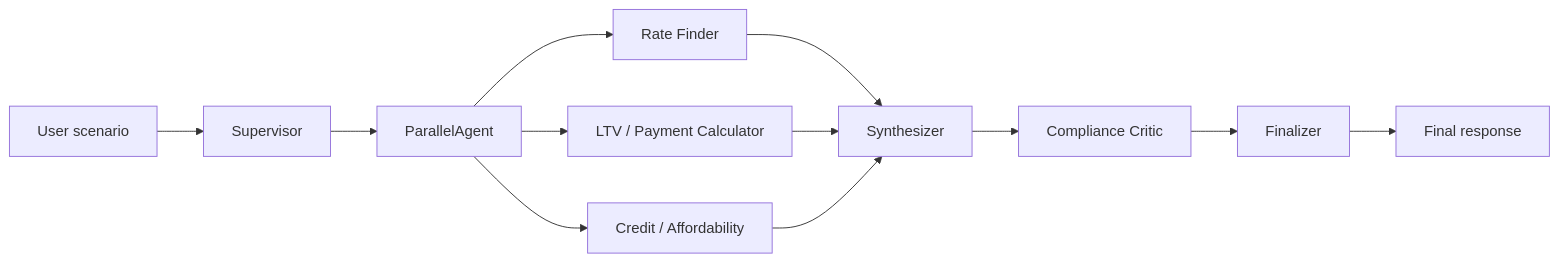
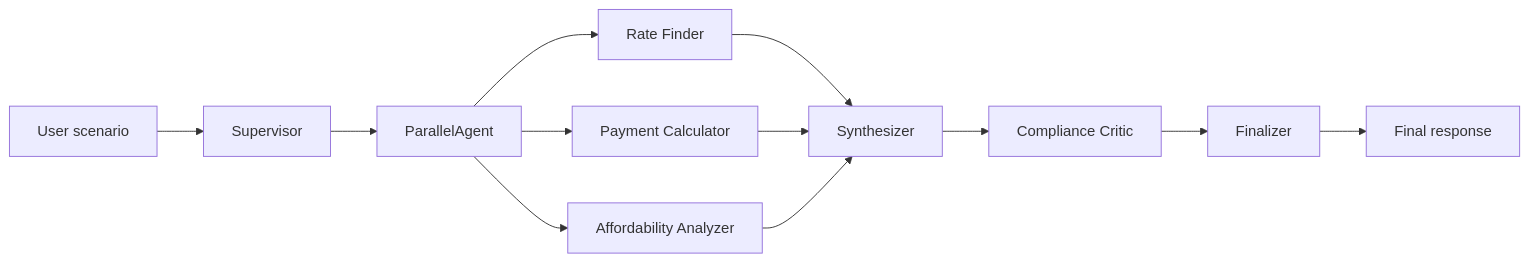
One commit to jhhlim/ucsc-ai-agent-course changed the diagram in hw3/README.md. Above: the diagram before and after it, drawn with Mermaid. The commit also changed other lines of this file and 10 other files, not shown here.

````diff
--- a/hw3/README.md
+++ b/hw3/README.md
@@ -200,14 +23,14 @@
 ```mermaid
 flowchart LR
     User[User scenario] --> Sup[Supervisor]
     Sup --> Par[ParallelAgent]
     Par --> R[Rate Finder]
-    Par --> P[LTV / Payment Calculator]
-    Par --> A[Credit / Affordability]
+    Par --> P[Payment Calculator]
+    Par --> A[Affordability Analyzer]
     R --> Syn[Synthesizer]
     P --> Syn
     A --> Syn
     Syn --> C[Compliance Critic]
     C --> Fin[Finalizer]
     Fin --> Out[Final response]
 ```
````
